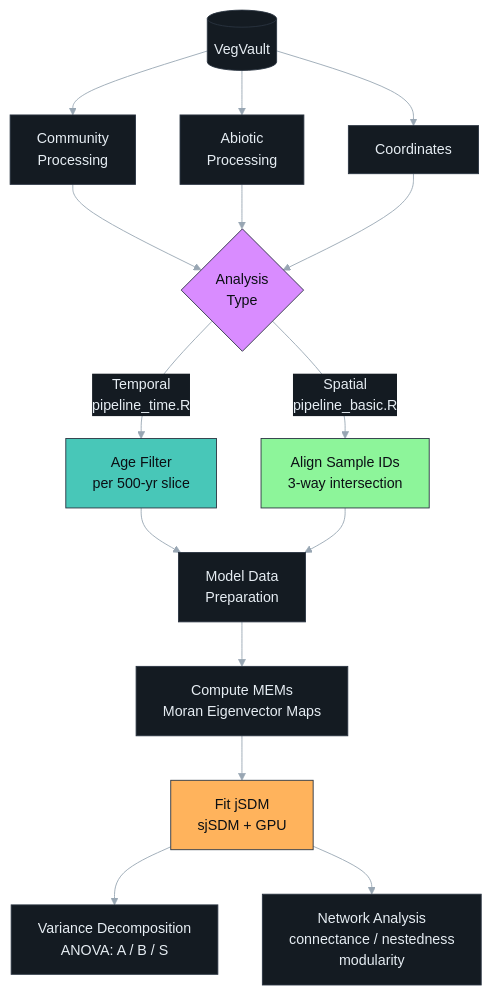
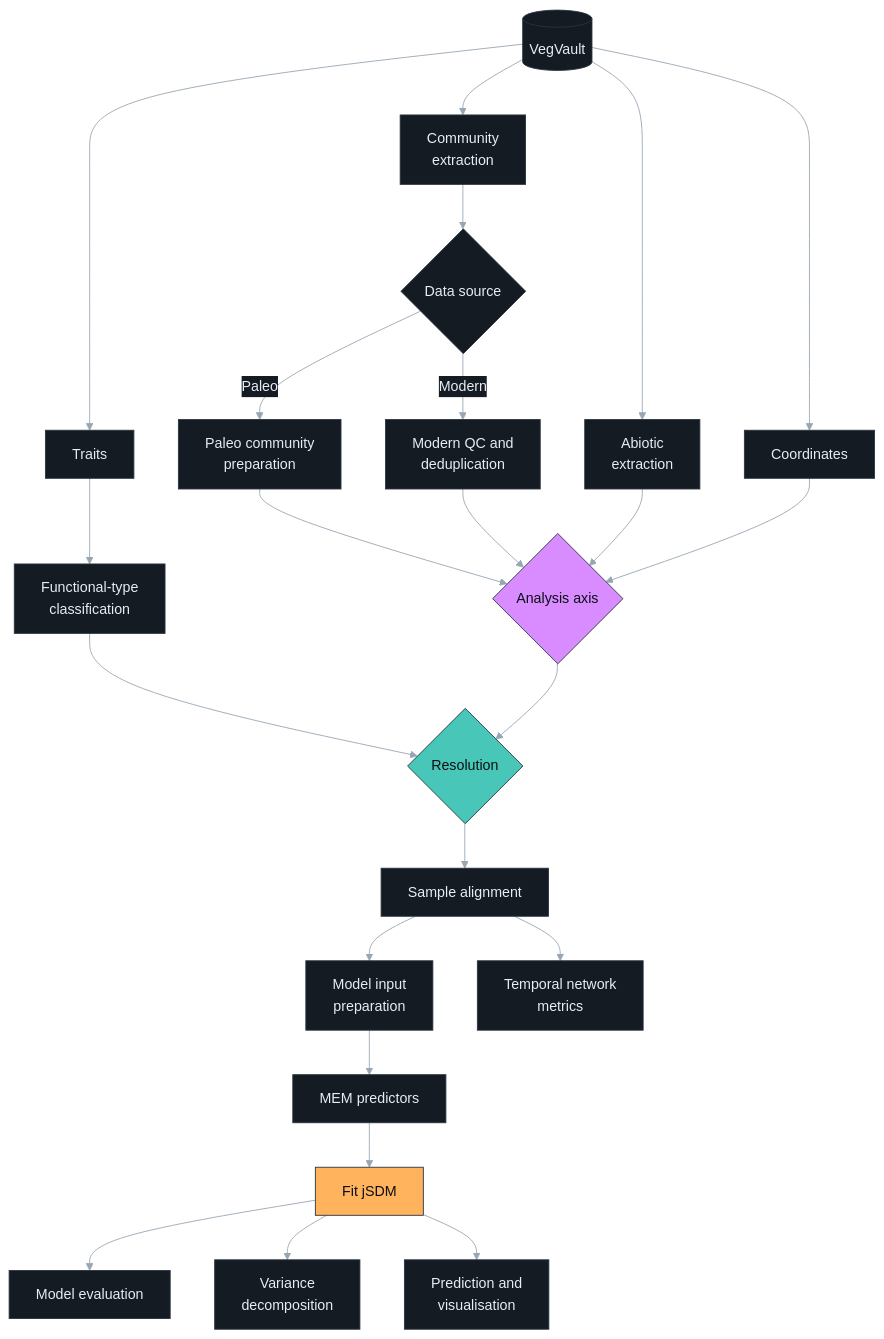
The diagram in Documentation/Website/about.qmd (OndrejMottl/BIODYNAMICS-vegetation-cooccurrence), drawn with Mermaid before and after one commit. The commit also changed other lines of this file and 75 other files, not shown here.

````diff
--- a/Documentation/Website/about.qmd
+++ b/Documentation/Website/about.qmd
@@ -83,34 +135,41 @@
 ```{mermaid}
 %%{init: {'theme': 'base', 'themeVariables': {
   'background': '#0B0F14',
   'primaryColor': '#141B22',
   'primaryTextColor': '#E6EDF3',
   'primaryBorderColor': '#2A3441',
   'lineColor': '#98A6B3',
   'secondaryColor': '#141B22',
   'tertiaryColor': '#141B22',
   'edgeLabelBackground': '#141B22',
   'clusterBkg': '#141B22',
   'titleColor': '#E6EDF3',
   'fontFamily': 'IBM Plex Mono, monospace'
 }}}%%
 flowchart TD
-    A[(VegVault)] --> B["Community<br/>Processing"]
-    A --> C["Abiotic<br/>Processing"]
+    A[(VegVault)] --> B["Community<br/>extraction"]
+    A --> C["Abiotic<br/>extraction"]
     A --> D["Coordinates"]
-    B --> E{"Analysis<br/>Type"}
-    C --> E
-    D --> E
-    E -- "Temporal<br/>pipeline_time.R" --> F["Age Filter<br/>per 500-yr slice"]
-    E -- "Spatial<br/>pipeline_basic.R" --> G["Align Sample IDs<br/>3-way intersection"]
-    F --> H["Model Data<br/>Preparation"]
-    G --> H
-    H --> I["Compute MEMs<br/>Moran Eigenvector Maps"]
-    I --> J["Fit jSDM<br/>sjSDM + GPU"]
-    J --> K["Variance Decomposition<br/>ANOVA: A / B / S"]
-    J --> L["Network Analysis<br/>connectance / nestedness<br/>modularity"]
-    style E fill:#D98CFF,color:#0B0F14,stroke:#2A3441
-    style F fill:#48C7B8,color:#0B0F14,stroke:#2A3441
-    style G fill:#8DF59A,color:#0B0F14,stroke:#2A3441
-    style J fill:#FFB35C,color:#0B0F14,stroke:#2A3441
+    A --> E["Traits"]
+    E --> F["Functional-type<br/>classification"]
+    B --> G{"Data source"}
+    G -- "Paleo" --> H["Paleo community<br/>preparation"]
+    G -- "Modern" --> I["Modern QC and<br/>deduplication"]
+    H --> J{"Analysis axis"}
+    I --> J
+    C --> J
+    D --> J
+    F --> K{"Resolution"}
+    J --> K
+    K --> L["Sample alignment"]
+    L --> M["Model input<br/>preparation"]
+    M --> N["MEM predictors"]
+    N --> O["Fit jSDM"]
+    O --> P["Model evaluation"]
+    O --> Q["Variance<br/>decomposition"]
+    O --> R["Prediction and<br/>visualisation"]
+    L --> S["Temporal network<br/>metrics"]
+    style J fill:#D98CFF,color:#0B0F14,stroke:#2A3441
+    style K fill:#48C7B8,color:#0B0F14,stroke:#2A3441
+    style O fill:#FFB35C,color:#0B0F14,stroke:#2A3441
 ```
````
